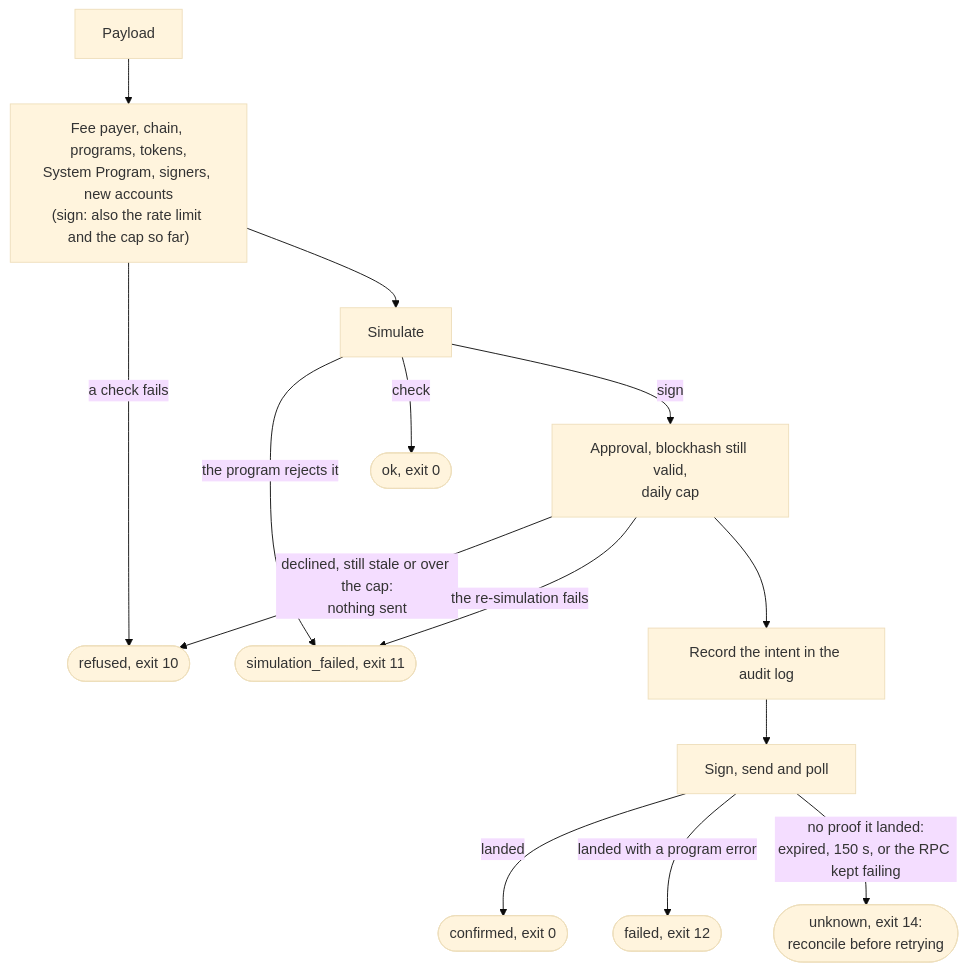
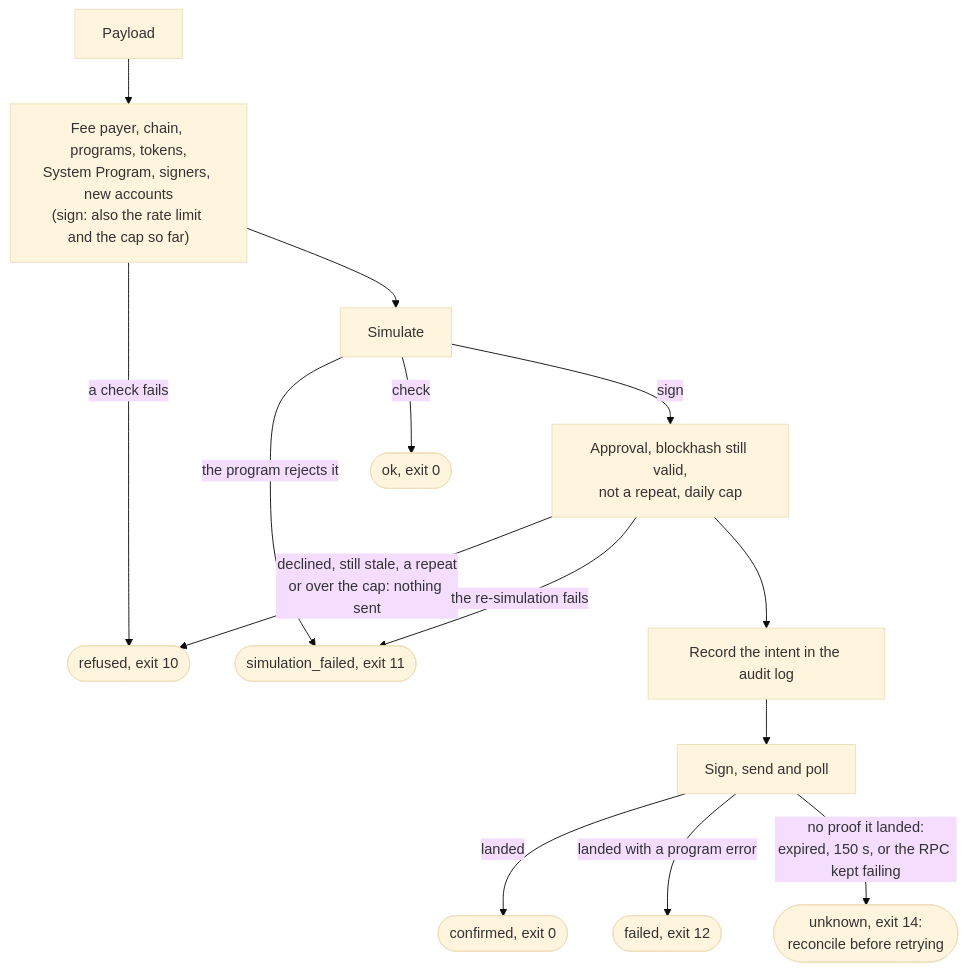
One commit to ttdonovan/sa-forge-signer changed the diagram in docs/src/how-it-works.md. Above: the diagram before and after it, drawn with Mermaid (base theme). The commit also changed other lines of this file and 7 other files, not shown here.

````diff
--- a/docs/src/how-it-works.md
+++ b/docs/src/how-it-works.md
@@ -20,16 +20,16 @@
 ```mermaid
 flowchart TD
     P[Payload] --> PRE["Fee payer, chain, programs, tokens,<br/>System Program, signers, new accounts<br/>(sign: also the rate limit and the cap so far)"]
     PRE -->|a check fails| R([refused, exit 10])
     PRE --> SIM[Simulate]
     SIM -->|the program rejects it| SF([simulation_failed, exit 11])
     SIM -->|check| OK([ok, exit 0])
-    SIM -->|sign| GATE["Approval, blockhash still valid,<br/>daily cap"]
-    GATE -->|"declined, still stale or over the cap:<br/>nothing sent"| R
+    SIM -->|sign| GATE["Approval, blockhash still valid,<br/>not a repeat, daily cap"]
+    GATE -->|"declined, still stale, a repeat<br/>or over the cap: nothing sent"| R
     GATE -->|the re-simulation fails| SF
     GATE --> INT[Record the intent in the audit log]
     INT --> SEND[Sign, send and poll]
     SEND -->|landed| C([confirmed, exit 0])
     SEND -->|landed with a program error| F([failed, exit 12])
     SEND -->|"no proof it landed:<br/>expired, 150 s, or the RPC kept failing"| U([unknown, exit 14:<br/>reconcile before retrying])
 ```
````
